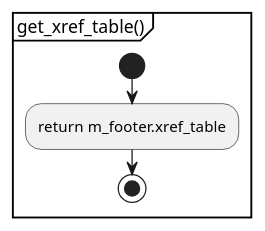
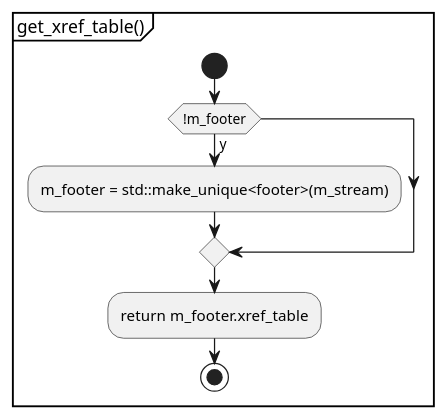
One commit to KodaiYM/PDFReader changed the second of 11 diagrams in document/parser.activity.pu. Above: the diagram before and after it, drawn with PlantUML. The commit also changed other lines of this file and 7 other files, not shown here.

```diff
--- a/document/parser.activity.pu
+++ b/document/parser.activity.pu
@@ -10,7 +10,10 @@
 @startuml get_xref_table
 partition "get_xref_table()" {
 start
+	if (!m_footer) then (y)
+		:m_footer = std::make_unique<footer>(m_stream);
+	endif
 	:return m_footer.xref_table;
 stop
 }
 @enduml
```
